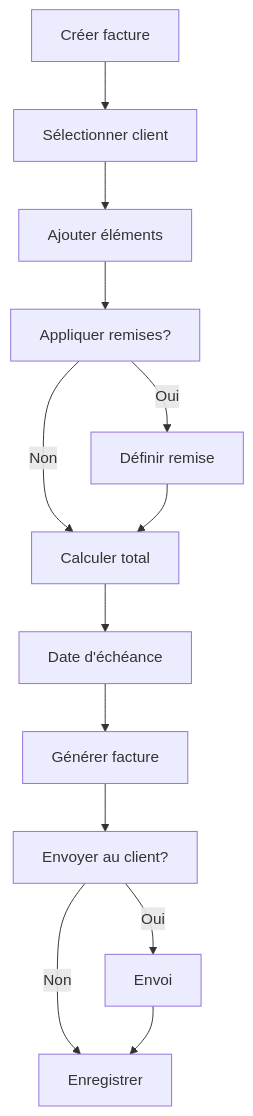
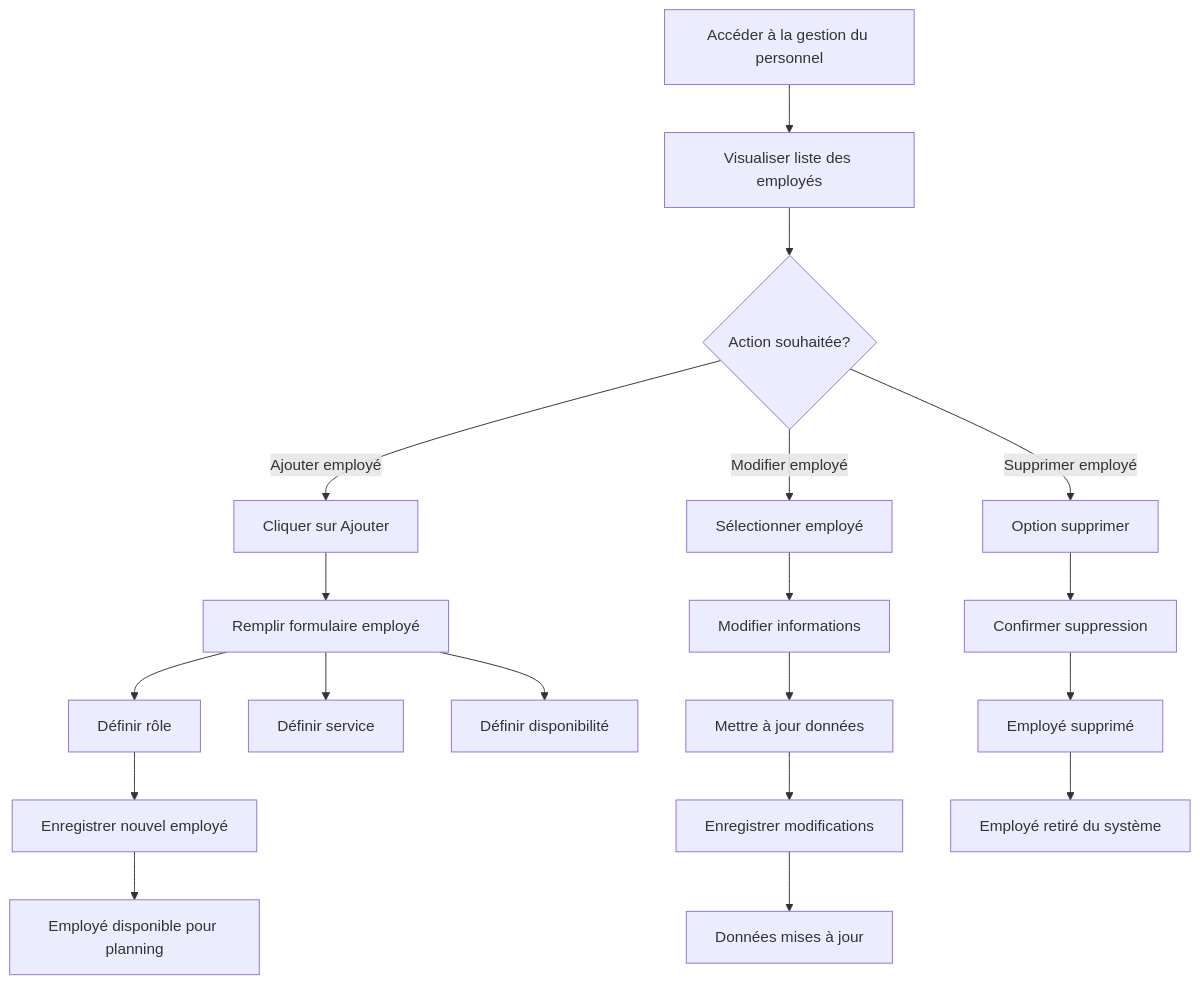
One commit to IA-Marketings-Team/hotel-mate-systems changed the third of 5 diagrams in src/docs/SystemWorkflow.md. Above: the diagram before and after it, drawn with Mermaid. The commit also changed other lines of this file and 9 other files, not shown here.

````diff
--- a/src/docs/SystemWorkflow.md
+++ b/src/docs/SystemWorkflow.md
@@ -108,15 +76,27 @@
 ```mermaid
 flowchart TD
-    A[Créer facture] --> B[Sélectionner client]
-    B --> C[Ajouter éléments]
-    C --> D[Appliquer remises?]
-    D -->|Oui| E[Définir remise]
-    D -->|Non| F[Calculer total]
-    E --> F
-    F --> G[Date d'échéance]
-    G --> H[Générer facture]
-    H --> I[Envoyer au client?]
-    I -->|Oui| J[Envoi]
-    I -->|Non| K[Enregistrer]
-    J --> K
+    A[Accéder à la gestion du personnel] --> B[Visualiser liste des employés]
+    B --> C{Action souhaitée?}
+    
+    C -->|Ajouter employé| D[Cliquer sur Ajouter]
+    C -->|Modifier employé| E[Sélectionner employé]
+    C -->|Supprimer employé| F[Option supprimer]
+    
+    D --> G[Remplir formulaire employé]
+    E --> H[Modifier informations]
+    F --> I[Confirmer suppression]
+    
+    G --> J[Définir rôle]
+    G --> K[Définir service]
+    G --> L[Définir disponibilité]
+    
+    H --> M[Mettre à jour données]
+    
+    J --> N[Enregistrer nouvel employé]
+    M --> O[Enregistrer modifications]
+    I --> P[Employé supprimé]
+    
+    N --> Q[Employé disponible pour planning]
+    O --> R[Données mises à jour]
+    P --> S[Employé retiré du système]
 ```
````
